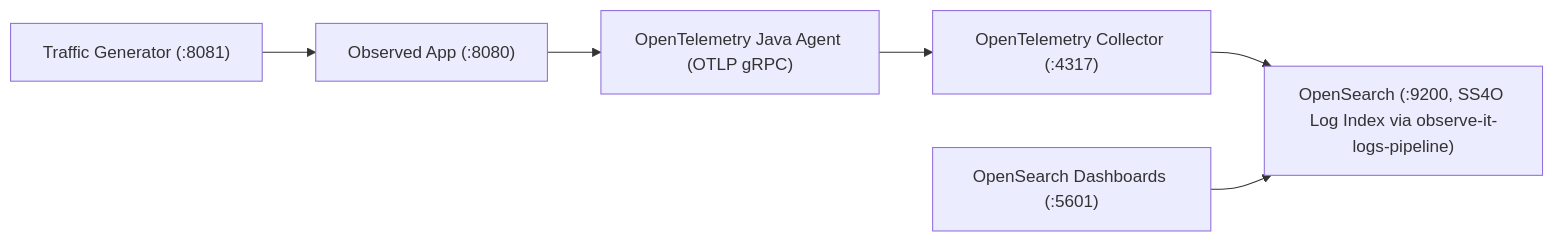
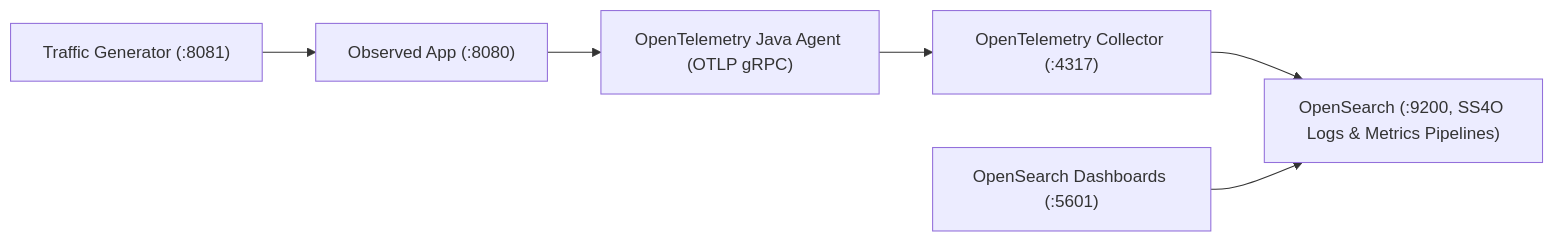
Before and after one commit to PawelBalcerek/observe-it: the diagram in README.md, drawn with Mermaid. The commit also changed other lines of this file and 11 other files, not shown here.

````diff
--- a/README.md
+++ b/README.md
@@ -20,8 +22,8 @@
 ```mermaid
 flowchart LR
   TG["Traffic Generator (:8081)"] --> OA["Observed App (:8080)"]
   OA --> OJA["OpenTelemetry Java Agent (OTLP gRPC)"]
   OJA --> OC["OpenTelemetry Collector (:4317)"]
-  OC --> OS["OpenSearch (:9200, SS4O Log Index via observe-it-logs-pipeline)"]
+  OC --> OS["OpenSearch (:9200, SS4O Logs & Metrics Pipelines)"]
   OSD["OpenSearch Dashboards (:5601)"] --> OS
 ```
````
